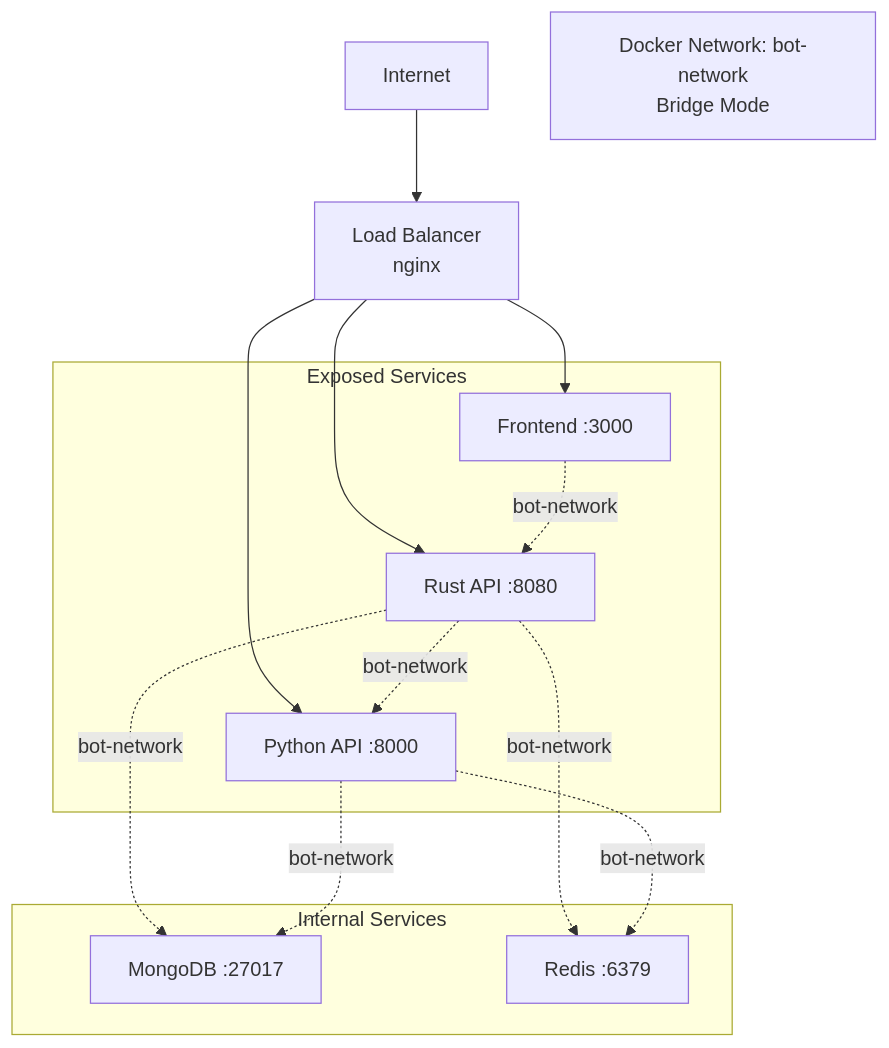
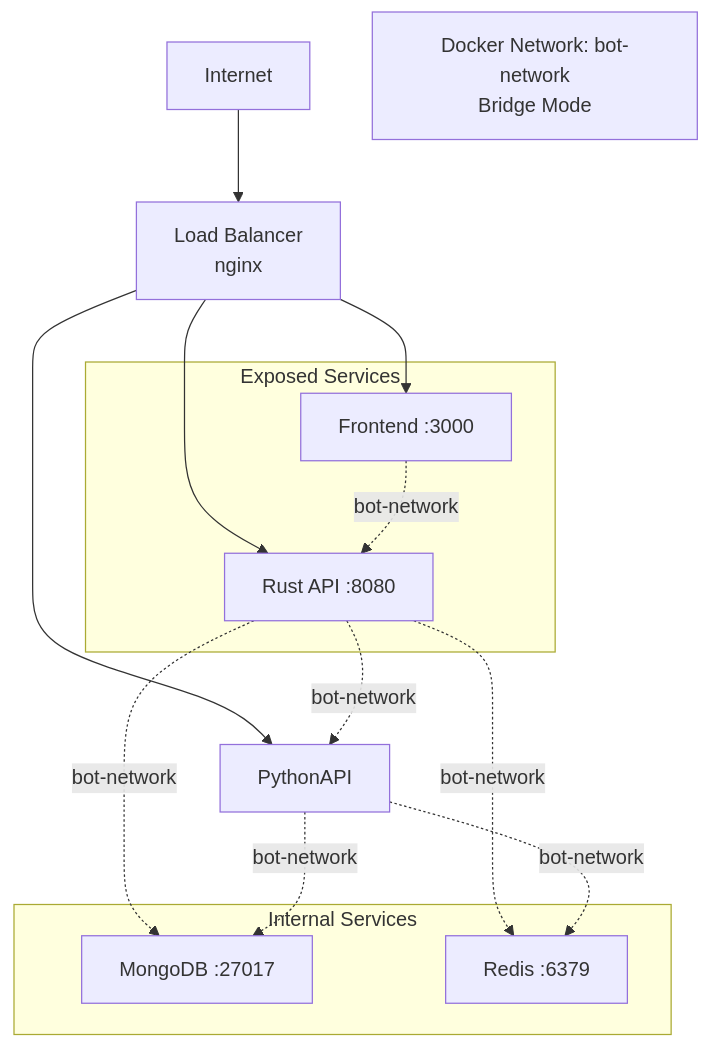
One commit to magic-ai-trading-bot/bot-core changed the second of 3 diagrams in specifications/02-design/2.1-architecture/ARCH-SECURITY.md. Above: the diagram before and after it, drawn with Mermaid. The commit also changed other lines of this file and 78 other files, not shown here.

````diff
--- a/specifications/02-design/2.1-architecture/ARCH-SECURITY.md
+++ b/specifications/02-design/2.1-architecture/ARCH-SECURITY.md
@@ -1041,29 +1041,28 @@
 ```mermaid
 graph TB
     Internet[Internet]
     LoadBalancer[Load Balancer<br/>nginx]
     BotNetwork[Docker Network: bot-network<br/>Bridge Mode]
 
     subgraph "Exposed Services"
         Frontend[Frontend :3000]
         RustAPI[Rust API :8080]
-        PythonAPI[Python API :8000]
     end
 
     subgraph "Internal Services"
         MongoDB[MongoDB :27017]
         Redis[Redis :6379]
     end
 
     Internet --> LoadBalancer
     LoadBalancer --> Frontend
     LoadBalancer --> RustAPI
     LoadBalancer --> PythonAPI
 
     Frontend -.->|bot-network| RustAPI
     RustAPI -.->|bot-network| PythonAPI
     RustAPI -.->|bot-network| MongoDB
     RustAPI -.->|bot-network| Redis
     PythonAPI -.->|bot-network| MongoDB
     PythonAPI -.->|bot-network| Redis
 ```
````
